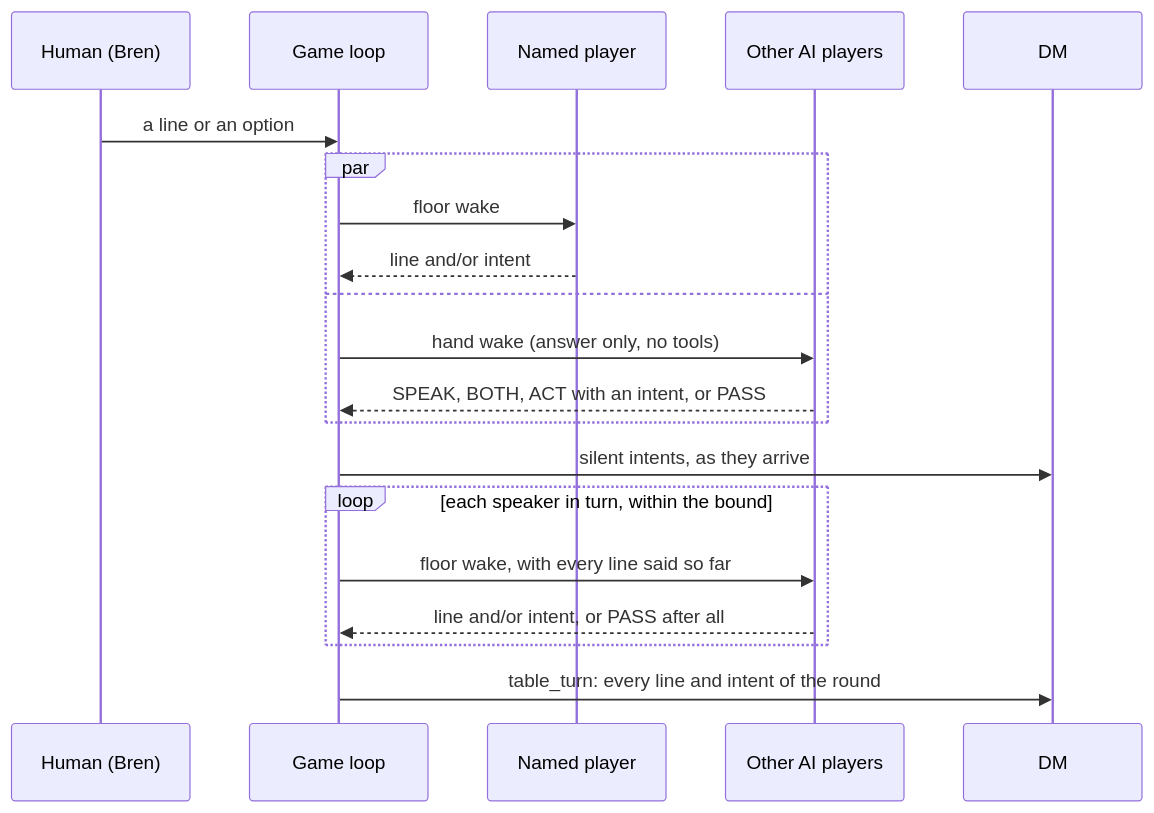
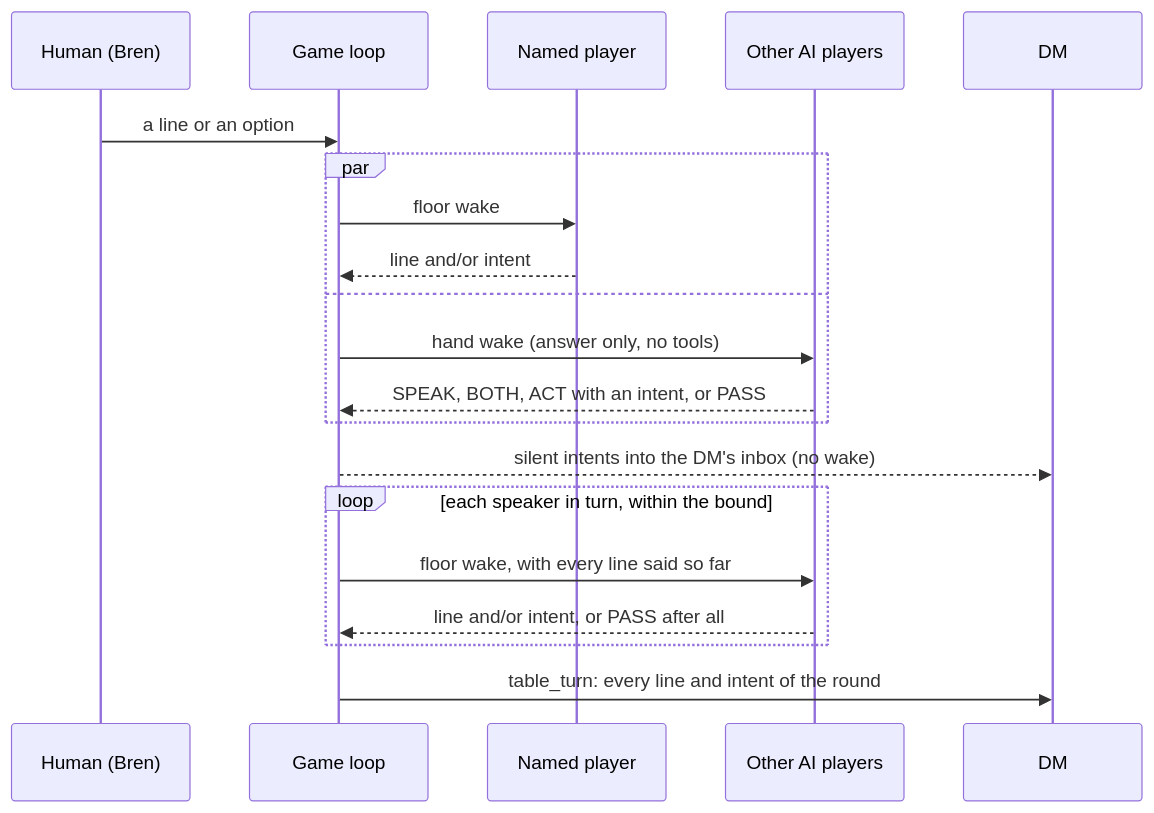
Before and after one commit to StGerman/nat20-table: the diagram in docs/design/party-talk.md, drawn with Mermaid. The commit also changed other lines of this file, not shown here.

````diff
--- a/docs/design/party-talk.md
+++ b/docs/design/party-talk.md
@@ -80,22 +80,22 @@
 ```mermaid
 sequenceDiagram
     participant H as Human (Bren)
     participant L as Game loop
     participant N as Named player
     participant P as Other AI players
     participant DM
     H->>L: a line or an option
     par
         L->>N: floor wake
         N-->>L: line and/or intent
     and
         L->>P: hand wake (answer only, no tools)
         P-->>L: SPEAK, BOTH, ACT with an intent, or PASS
     end
-    L->>DM: silent intents, as they arrive
+    L-->>DM: silent intents into the DM's inbox (no wake)
     loop each speaker in turn, within the bound
         L->>P: floor wake, with every line said so far
         P-->>L: line and/or intent, or PASS after all
     end
     L->>DM: table_turn: every line and intent of the round
 ```
````
